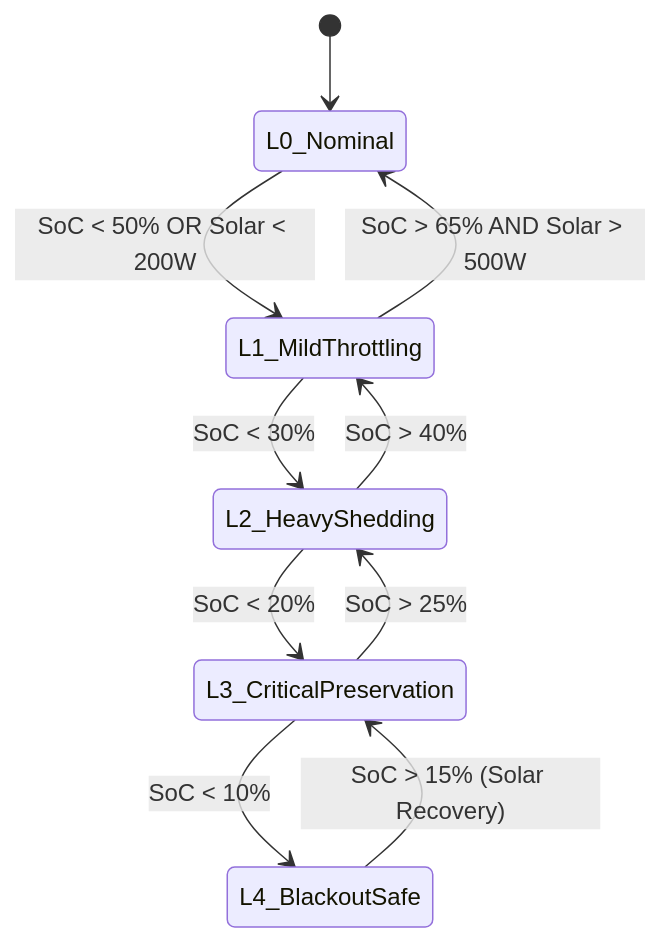
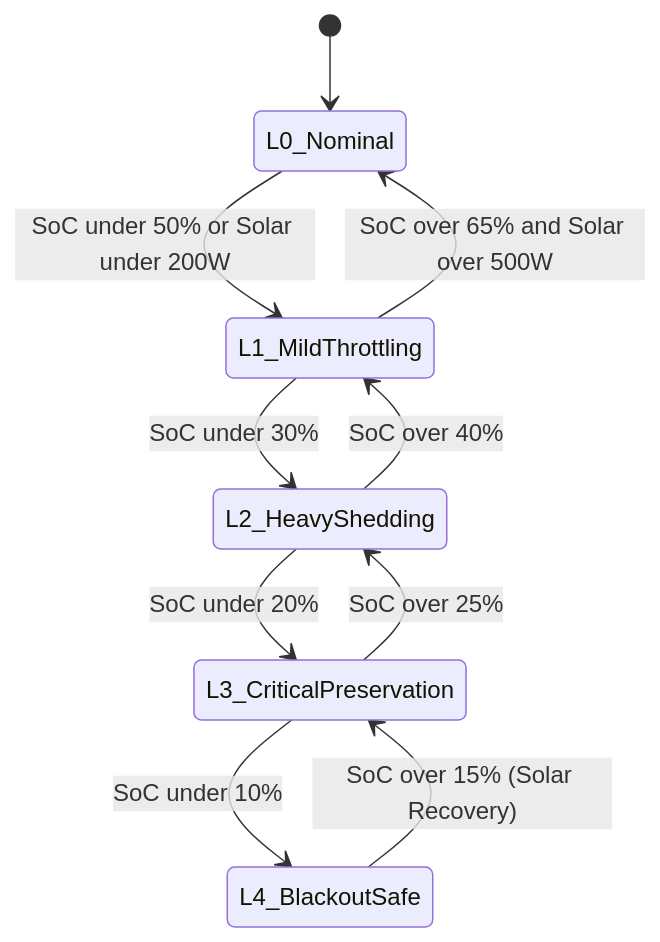
The third of 5 diagrams in ARCHITECTURE.md (iliachry/sovereign-mini-datacenter), drawn with Mermaid before and after one commit. The commit also changed other lines of this file, not shown here.

Commit message:
fix(docs): resolve GitHub Mermaid diagram parsing issues in ARCHITECTURE.md

````diff
--- a/ARCHITECTURE.md
+++ b/ARCHITECTURE.md
@@ -179,16 +184,16 @@
 ```mermaid
 stateDiagram-v2
     [*] --> L0_Nominal
     
-    L0_Nominal --> L1_MildThrottling : SoC < 50% OR Solar < 200W
-    L1_MildThrottling --> L0_Nominal : SoC > 65% AND Solar > 500W
+    L0_Nominal --> L1_MildThrottling : SoC under 50% or Solar under 200W
+    L1_MildThrottling --> L0_Nominal : SoC over 65% and Solar over 500W
     
-    L1_MildThrottling --> L2_HeavyShedding : SoC < 30%
-    L2_HeavyShedding --> L1_MildThrottling : SoC > 40%
+    L1_MildThrottling --> L2_HeavyShedding : SoC under 30%
+    L2_HeavyShedding --> L1_MildThrottling : SoC over 40%
     
-    L2_HeavyShedding --> L3_CriticalPreservation : SoC < 20%
-    L3_CriticalPreservation --> L2_HeavyShedding : SoC > 25%
+    L2_HeavyShedding --> L3_CriticalPreservation : SoC under 20%
+    L3_CriticalPreservation --> L2_HeavyShedding : SoC over 25%
     
-    L3_CriticalPreservation --> L4_BlackoutSafe : SoC < 10%
-    L4_BlackoutSafe --> L3_CriticalPreservation : SoC > 15% (Solar Recovery)
+    L3_CriticalPreservation --> L4_BlackoutSafe : SoC under 10%
+    L4_BlackoutSafe --> L3_CriticalPreservation : SoC over 15% (Solar Recovery)
 ```
````
